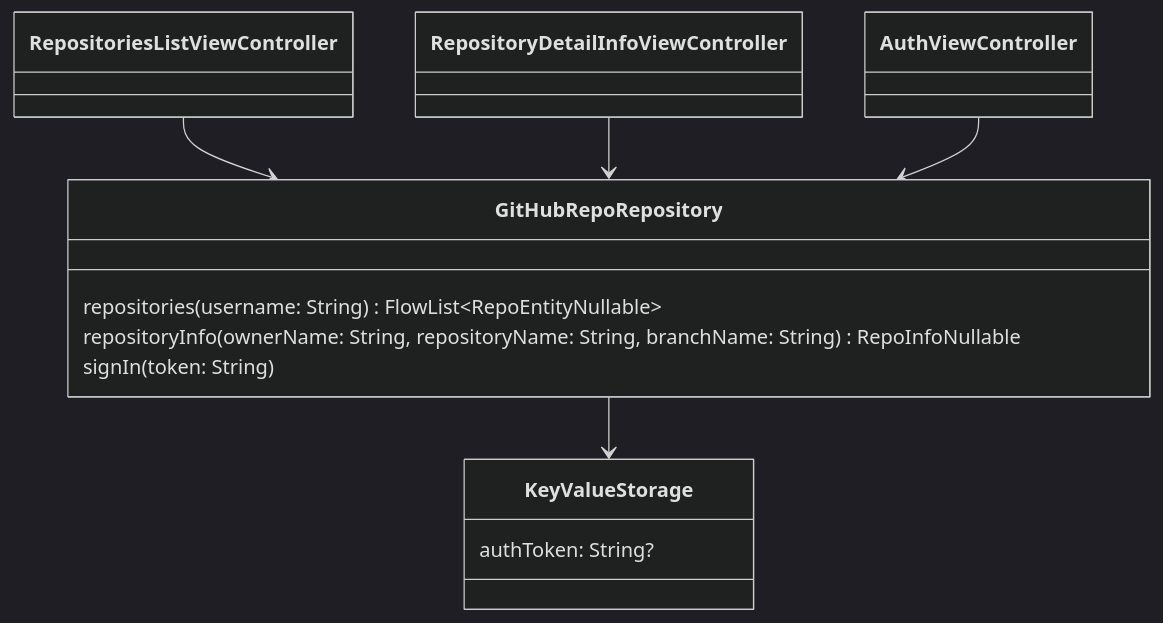
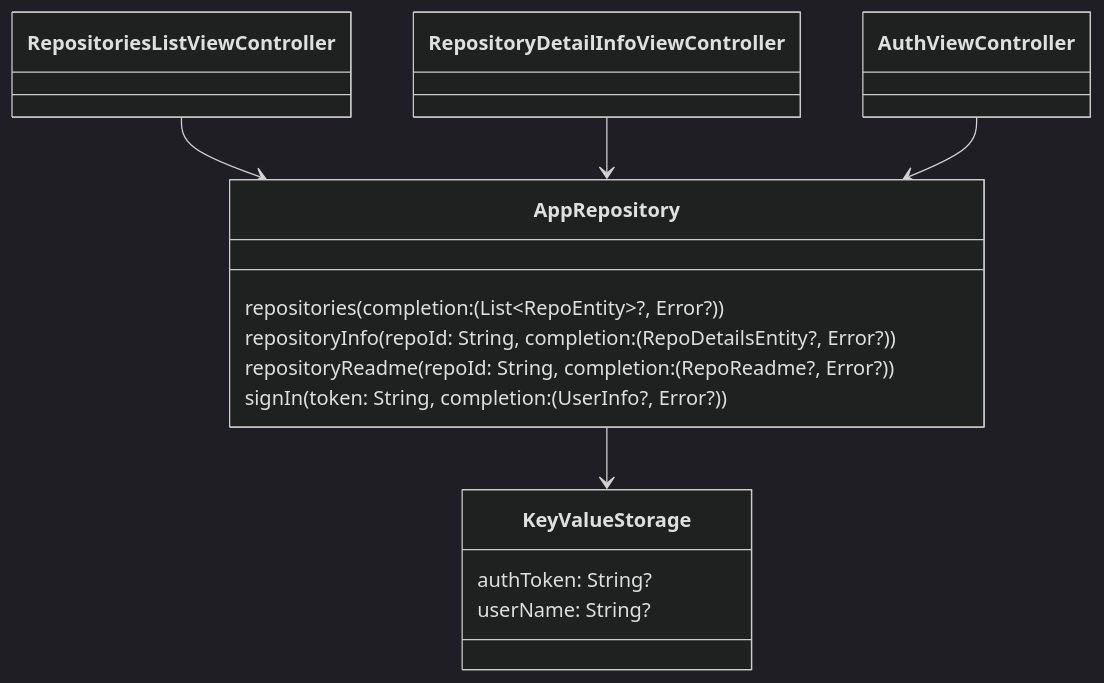
Before and after one commit to icerockdev/kmm.icerock.dev: the diagram in university/2-ios-basics/practice.md, drawn with Mermaid (dark theme). The commit also changed other lines of this file and 1 other file, not shown here.

Commit message:
update practice for iOS

````diff
--- a/university/2-ios-basics/practice.md
+++ b/university/2-ios-basics/practice.md
@@ -40,22 +41,24 @@
 ```mermaid
    classDiagram
    
    class RepositoriesListViewController:::ios
    class RepositoryDetailInfoViewController:::ios
    class AuthViewController:::ios
    
-   class GitHubRepoRepository:::ios{
-      repositories(username: String) FlowList~RepoEntityNullable~
-      repositoryInfo(ownerName: String, repositoryName: String, branchName: String) RepoInfoNullable
-      signIn(token: String)
+   class AppRepository:::ios {
+      repositories(completion: (List~RepoEntity~?, Error?))
+      repositoryInfo(repoId: String, completion: (RepoDetailsEntity?, Error?))
+      repositoryReadme(repoId: String, completion: (RepoReadme?, Error?))
+      signIn(token: String, completion: (UserInfo?, Error?))
    }
    
-   class KeyValueStorage:::ios{
-     authToken: String?
+   class KeyValueStorage:::ios {
+      authToken: String?
+      userName: String?
    }
-
-   RepositoriesListViewController --> GitHubRepoRepository
-   RepositoryDetailInfoViewController --> GitHubRepoRepository
-   AuthViewController --> GitHubRepoRepository
-   GitHubRepoRepository --> KeyValueStorage
+   
+   RepositoriesListViewController --> AppRepository
+   RepositoryDetailInfoViewController --> AppRepository
+   AuthViewController --> AppRepository
+   AppRepository --> KeyValueStorage
 ```
````
